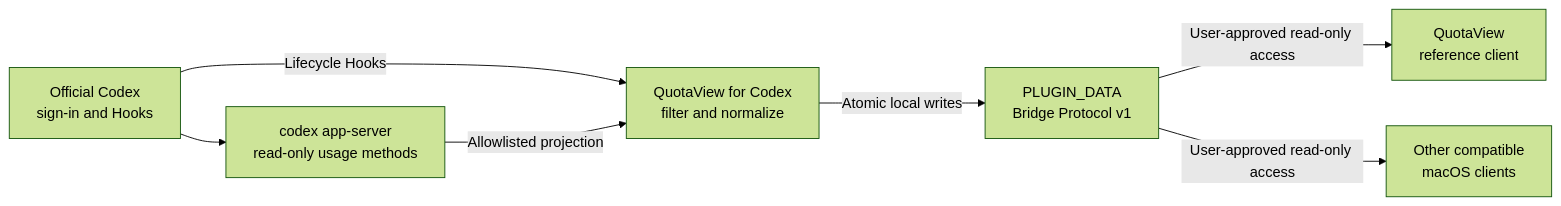
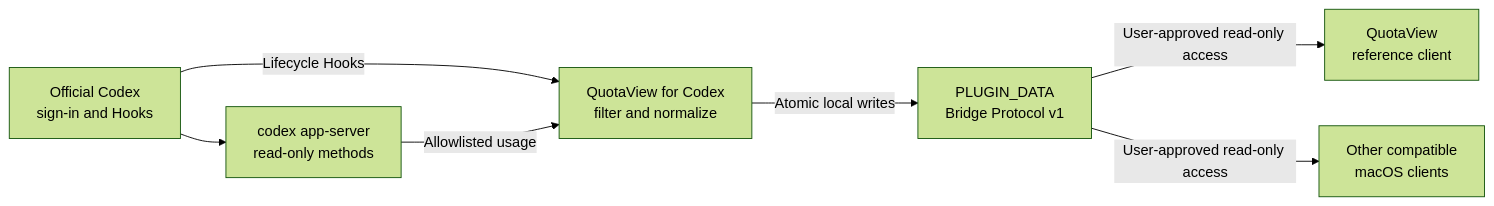
Before and after one commit to Duoasa/QuotaView-for-Codex: the diagram in README.md, drawn with Mermaid (forest theme). The commit also changed other lines of this file and 1 other file, not shown here.

````diff
--- a/README.md
+++ b/README.md
@@ -137,16 +126,16 @@
 ```mermaid
 flowchart LR
     Codex["Official Codex<br/>sign-in and Hooks"]
-    AppServer["codex app-server<br/>read-only usage methods"]
+    AppServer["codex app-server<br/>read-only methods"]
     Bridge["QuotaView for Codex<br/>filter and normalize"]
     Data["PLUGIN_DATA<br/>Bridge Protocol v1"]
     QuotaView["QuotaView<br/>reference client"]
     Clients["Other compatible<br/>macOS clients"]
 
     Codex -->|"Lifecycle Hooks"| Bridge
     Codex --> AppServer
-    AppServer -->|"Allowlisted projection"| Bridge
+    AppServer -->|"Allowlisted usage"| Bridge
     Bridge -->|"Atomic local writes"| Data
     Data -->|"User-approved read-only access"| QuotaView
     Data -->|"User-approved read-only access"| Clients
 ```
````
